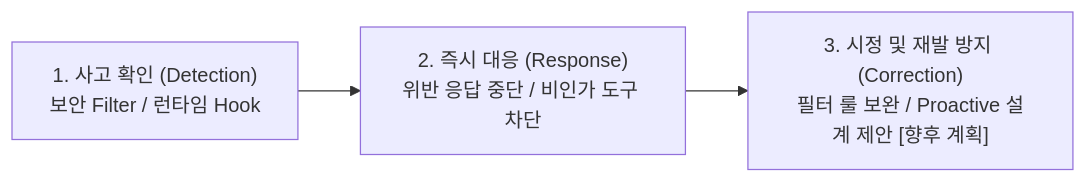
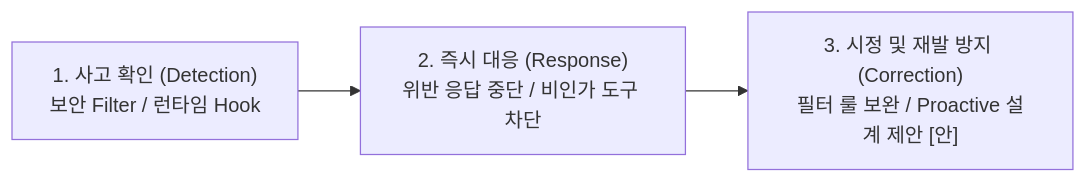
The second of 2 diagrams in AIS/Reports/Slide22_23_Update.md (misjin05/playground), drawn with Mermaid before and after one commit. The commit also changed other lines of this file and 1 other file, not shown here.

````diff
--- a/AIS/Reports/Slide22_23_Update.md
+++ b/AIS/Reports/Slide22_23_Update.md
@@ -54,5 +54,5 @@
 ```mermaid
 graph LR
     R1["1. 사고 확인 (Detection)<br/>보안 Filter / 런타임 Hook"] --> R2["2. 즉시 대응 (Response)<br/>위반 응답 중단 / 비인가 도구 차단"]
-    R2 --> R3["3. 시정 및 재발 방지 (Correction)<br/>필터 룰 보완 / Proactive 설계 제안 [향후 계획]"]
+    R2 --> R3["3. 시정 및 재발 방지 (Correction)<br/>필터 룰 보완 / Proactive 설계 제안 [안]"]
 ```
````
